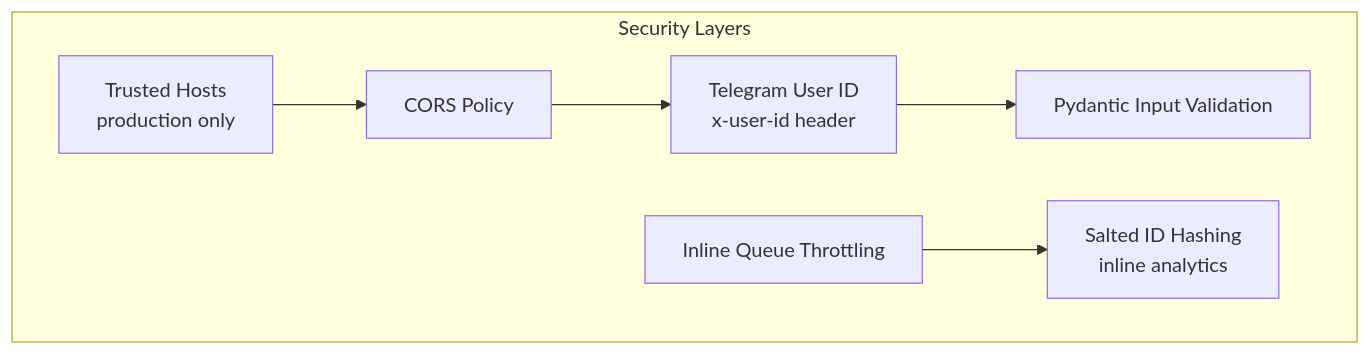
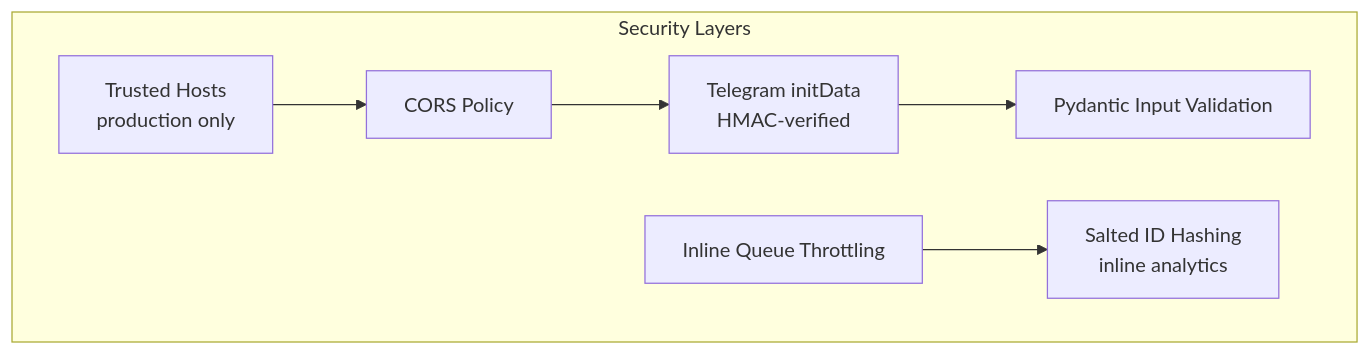
One commit to gofrolist/calorie-track-ai-bot-api changed diagram 11 of 14 in docs/ARCHITECTURE.md. Above: the diagram before and after it, drawn with Mermaid. The commit also changed other lines of this file and 7 other files, not shown here.

First line of the commit message:
docs: document Telegram initData authentication and rollout

````diff
--- a/docs/ARCHITECTURE.md
+++ b/docs/ARCHITECTURE.md
@@ -592,16 +592,16 @@
 ```mermaid
 graph TD
     subgraph "Security Layers"
-        TELEGRAM_ID[Telegram User ID<br/>x-user-id header]
+        TELEGRAM_ID[Telegram initData<br/>HMAC-verified]
         TRUSTED_HOSTS[Trusted Hosts<br/>production only]
         CORS_POLICY[CORS Policy]
         RATE_LIMIT[Inline Queue Throttling]
         INPUT_VALIDATION[Pydantic Input Validation]
         HASHING[Salted ID Hashing<br/>inline analytics]
     end
 
     TRUSTED_HOSTS --> CORS_POLICY
     CORS_POLICY --> TELEGRAM_ID
     TELEGRAM_ID --> INPUT_VALIDATION
     RATE_LIMIT --> HASHING
 ```
````
